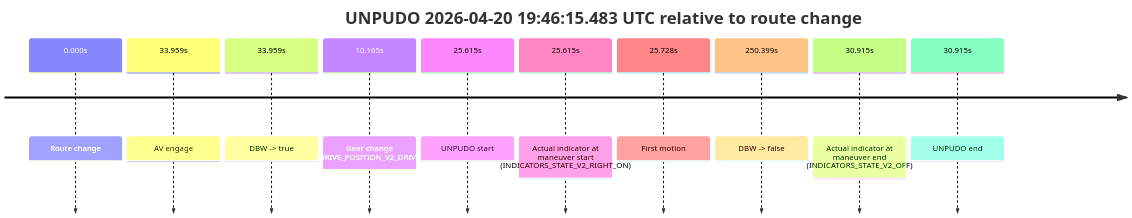
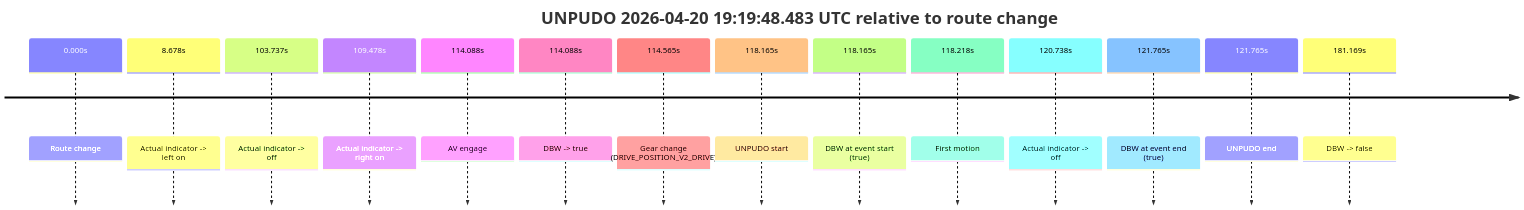
Before and after one commit to yoelshapiro/vault: the third of 12 diagrams in model_analysis/report_cards/2026/04/Week-4/fme20032--2026-04-20--19-03-35--gen2-av-e7d103b0-699e-4196-82b3-9255e1b970f8.md, drawn with Mermaid. The commit also changed other lines of this file and 1 other file, not shown here.

````diff
--- a/model_analysis/report_cards/2026/04/Week-4/fme20032--2026-04-20--19-03-35--gen2-av-e7d103b0-699e-4196-82b3-9255e1b970f8.md
+++ b/model_analysis/report_cards/2026/04/Week-4/fme20032--2026-04-20--19-03-35--gen2-av-e7d103b0-699e-4196-82b3-9255e1b970f8.md
@@ -215,14 +241,18 @@
 ```mermaid
 timeline
-    title UNPUDO 2026-04-20 19:46:15.483 UTC relative to route change
+    title UNPUDO 2026-04-20 19:19:48.483 UTC relative to route change
     0.000s : Route change
-    33.959s : AV engage
-    33.959s : DBW -> true
-    10.165s : Gear change (DRIVE_POSITION_V2_DRIVE)
-    25.615s : UNPUDO start
-    25.615s : Actual indicator at maneuver start (INDICATORS_STATE_V2_RIGHT_ON)
-    25.728s : First motion
-    250.399s : DBW -> false
-    30.915s : Actual indicator at maneuver end (INDICATORS_STATE_V2_OFF)
-    30.915s : UNPUDO end
+    8.678s : Actual indicator -> left on
+    103.737s : Actual indicator -> off
+    109.478s : Actual indicator -> right on
+    114.088s : AV engage
+    114.088s : DBW -> true
+    114.565s : Gear change (DRIVE_POSITION_V2_DRIVE)
+    118.165s : UNPUDO start
+    118.165s : DBW at event start (true)
+    118.218s : First motion
+    120.738s : Actual indicator -> off
+    121.765s : DBW at event end (true)
+    121.765s : UNPUDO end
+    181.169s : DBW -> false
 ```
````
